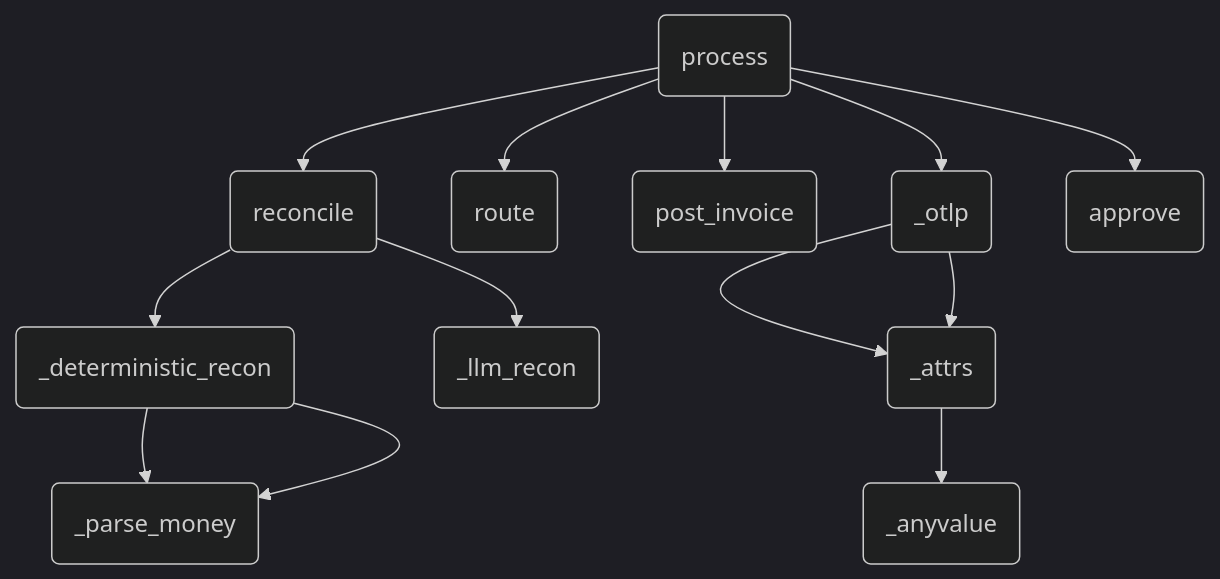
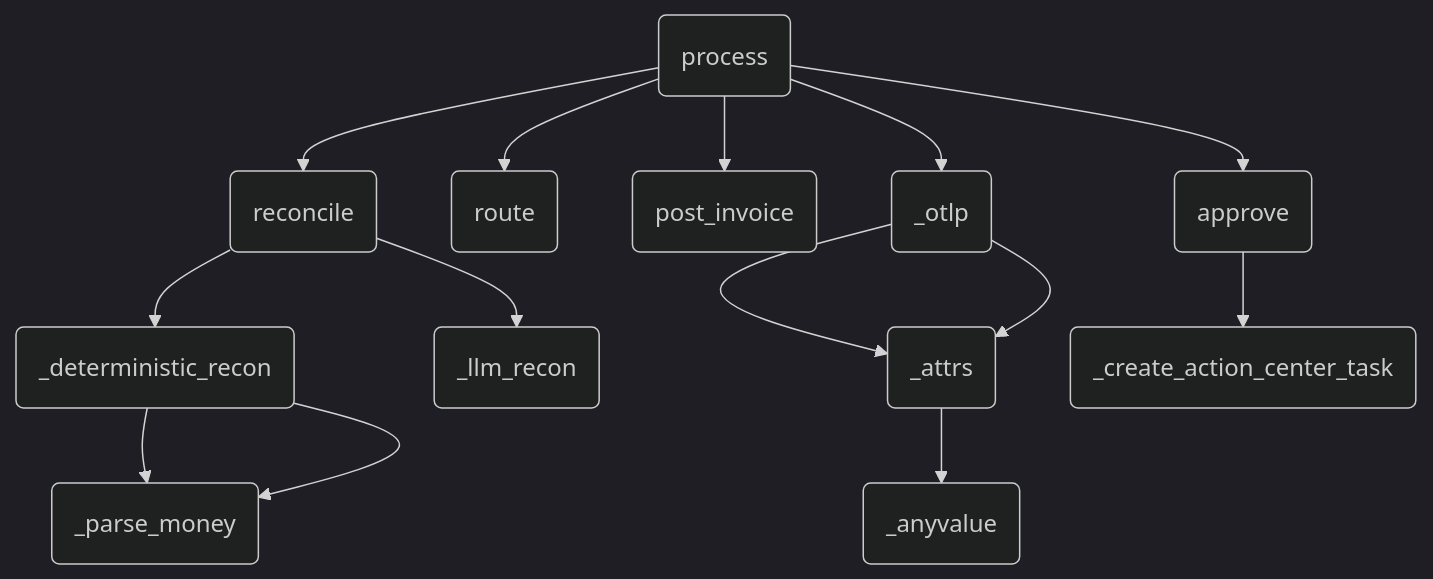
One commit to ankitlade12/seamproof changed the diagram in sut/automation/process.mermaid. Above: the diagram before and after it, drawn with Mermaid (dark theme). The commit also changed 7 other files, not shown here.

First line of the commit message:
Wire the human step to Action Center and add a uipath eval set

```diff
--- a/sut/automation/process.mermaid
+++ b/sut/automation/process.mermaid
@@ -1,26 +1,28 @@
 %% AUTO-GENERATED by `uipath init`. Do not edit manually.
 %% Regenerated on every `uipath init`.
 flowchart TB
-  main.py:307(process)
-  main.py:178(reconcile)
-  main.py:141(_deterministic_recon)
-  main.py:126(_parse_money)
-  main.py:167(_llm_recon)
-  main.py:194(route)
-  main.py:215(post_invoice)
-  main.py:256(_otlp)
-  main.py:239(_attrs)
-  main.py:235(_anyvalue)
-  main.py:200(approve)
-  main.py:141 --> main.py:126
-  main.py:141 --> main.py:126
-  main.py:178 --> main.py:141
-  main.py:178 --> main.py:167
-  main.py:307 --> main.py:178
-  main.py:307 --> main.py:194
-  main.py:307 --> main.py:215
-  main.py:239 --> main.py:235
-  main.py:256 --> main.py:239
-  main.py:256 --> main.py:239
-  main.py:307 --> main.py:256
-  main.py:307 --> main.py:200
+  main.py:348(process)
+  main.py:192(reconcile)
+  main.py:155(_deterministic_recon)
+  main.py:140(_parse_money)
+  main.py:181(_llm_recon)
+  main.py:208(route)
+  main.py:255(post_invoice)
+  main.py:296(_otlp)
+  main.py:279(_attrs)
+  main.py:275(_anyvalue)
+  main.py:240(approve)
+  main.py:226(_create_action_center_task)
+  main.py:155 --> main.py:140
+  main.py:155 --> main.py:140
+  main.py:192 --> main.py:155
+  main.py:192 --> main.py:181
+  main.py:348 --> main.py:192
+  main.py:348 --> main.py:208
+  main.py:348 --> main.py:255
+  main.py:279 --> main.py:275
+  main.py:296 --> main.py:279
+  main.py:296 --> main.py:279
+  main.py:348 --> main.py:296
+  main.py:240 --> main.py:226
+  main.py:348 --> main.py:240
```
